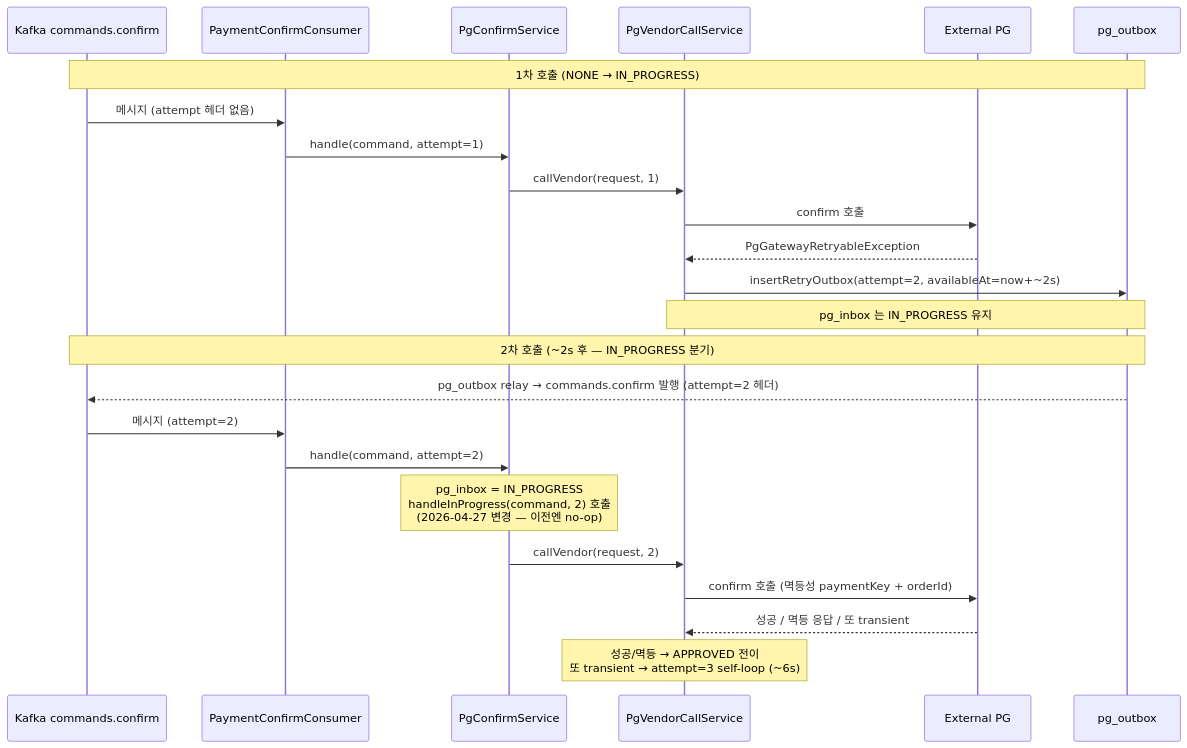
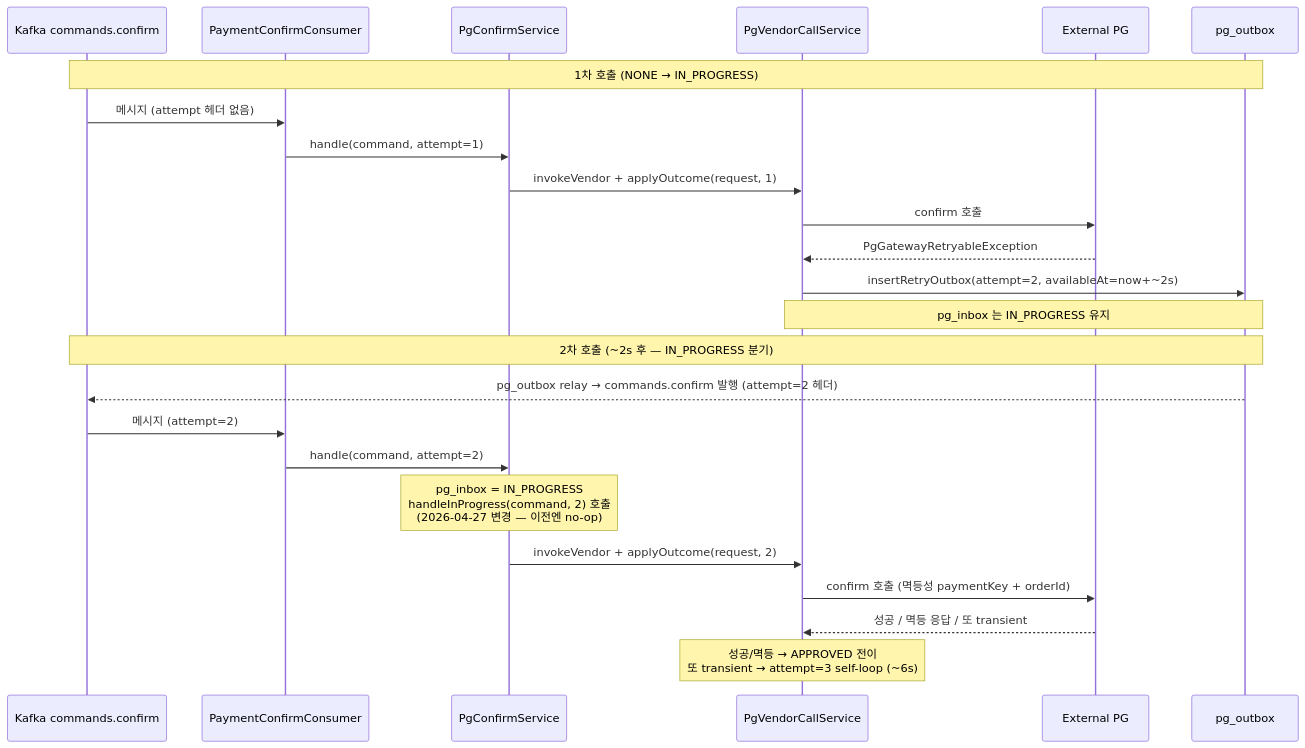
The ninth of 10 diagrams in docs/context/PAYMENT-FLOW.md (hyoguoo/payment-platform), drawn with Mermaid before and after one commit. The commit also changed other lines of this file and 8 other files, not shown here.

````diff
--- a/docs/context/PAYMENT-FLOW.md
+++ b/docs/context/PAYMENT-FLOW.md
@@ -301,28 +301,28 @@
 ```mermaid
 sequenceDiagram
     participant K as Kafka commands.confirm
     participant Cons as PaymentConfirmConsumer
     participant Svc as PgConfirmService
     participant V as PgVendorCallService
     participant Vendor as External PG
     participant OB as pg_outbox
 
     Note over K, OB: 1차 호출 (NONE → IN_PROGRESS)
     K->>Cons: 메시지 (attempt 헤더 없음)
     Cons->>Svc: handle(command, attempt=1)
-    Svc->>V: callVendor(request, 1)
+    Svc->>V: invokeVendor + applyOutcome(request, 1)
     V->>Vendor: confirm 호출
     Vendor-->>V: PgGatewayRetryableException
     V->>OB: insertRetryOutbox(attempt=2, availableAt=now+~2s)
     Note over V, OB: pg_inbox 는 IN_PROGRESS 유지
 
     Note over K, OB: 2차 호출 (~2s 후 — IN_PROGRESS 분기)
     OB-->>K: pg_outbox relay → commands.confirm 발행 (attempt=2 헤더)
     K->>Cons: 메시지 (attempt=2)
     Cons->>Svc: handle(command, attempt=2)
     Note over Svc: pg_inbox = IN_PROGRESS<br/>handleInProgress(command, 2) 호출<br/>(2026-04-27 변경 — 이전엔 no-op)
-    Svc->>V: callVendor(request, 2)
+    Svc->>V: invokeVendor + applyOutcome(request, 2)
     V->>Vendor: confirm 호출 (멱등성 paymentKey + orderId)
     Vendor-->>V: 성공 / 멱등 응답 / 또 transient
     Note over V: 성공/멱등 → APPROVED 전이<br/>또 transient → attempt=3 self-loop (~6s)
 ```
````
